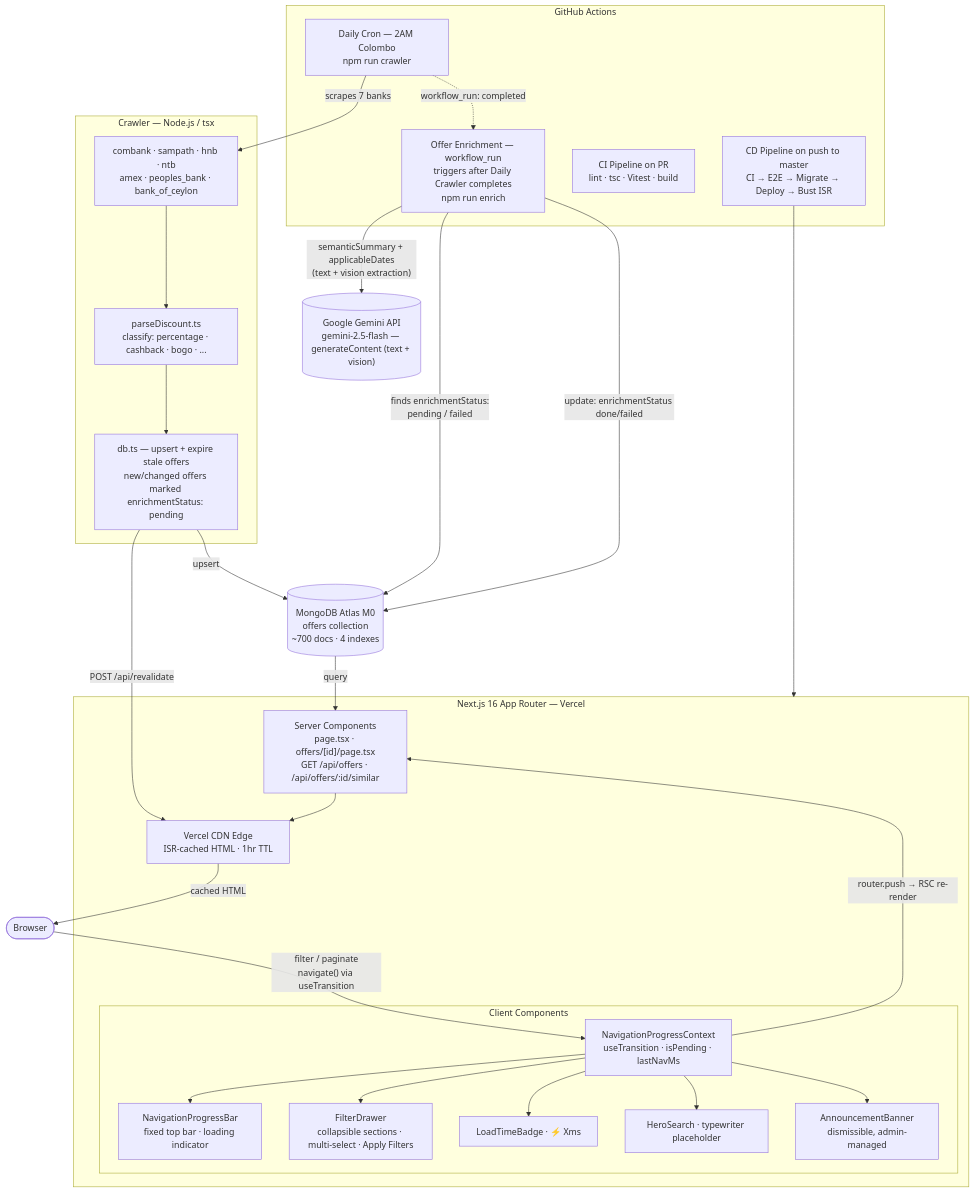
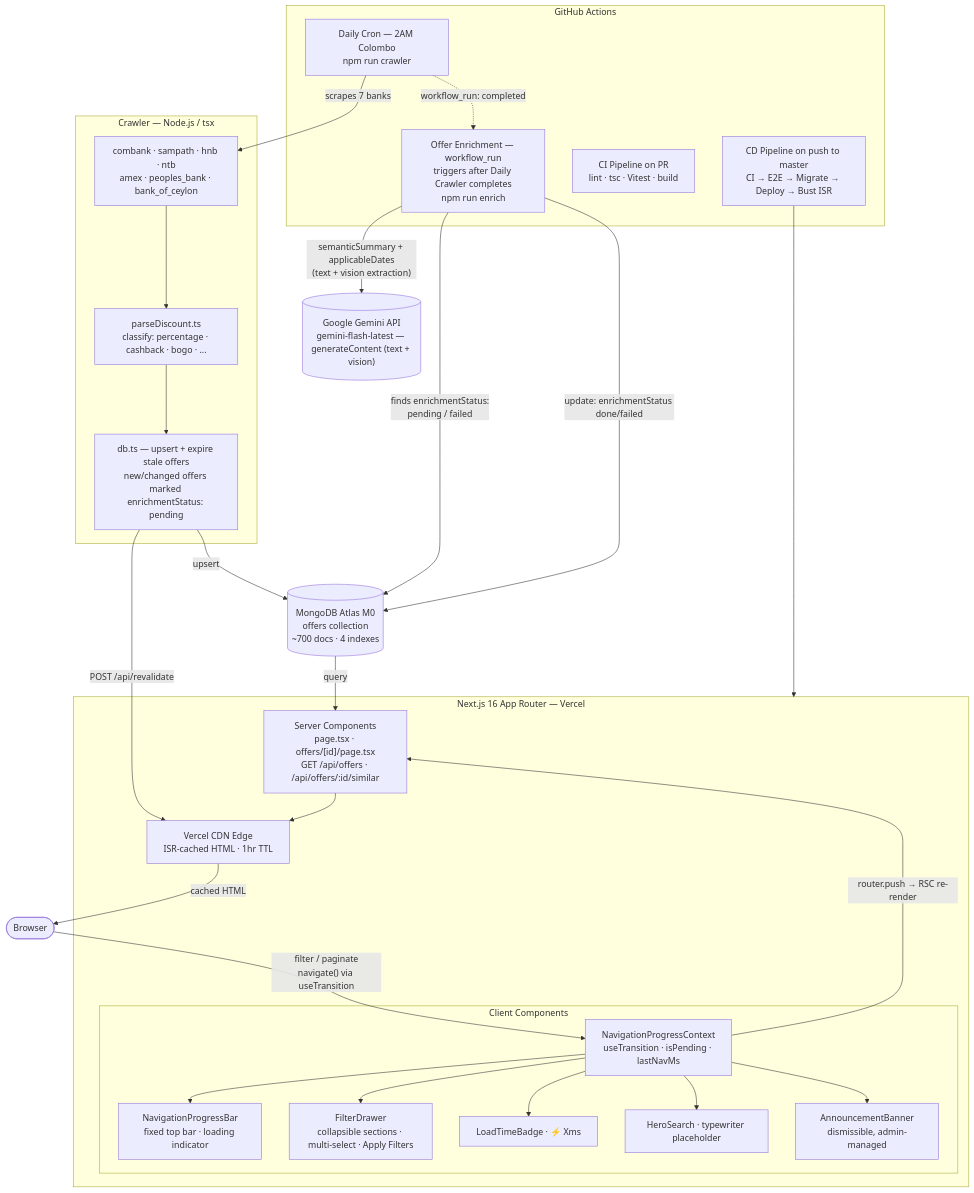
The first of 8 diagrams in README.md (chamirusenarath96/card-max), drawn with Mermaid before and after one commit. The commit also changed 4 other files, not shown here.

````diff
--- a/README.md
+++ b/README.md
@@ -57,47 +57,47 @@
 ```mermaid
 graph TD
     subgraph GHA["GitHub Actions"]
         CRON["Daily Cron — 2AM Colombo\nnpm run crawler"]
         ENRICH["Offer Enrichment — workflow_run\ntriggers after Daily Crawler completes\nnpm run enrich"]
         CI_PR["CI Pipeline on PR\nlint · tsc · Vitest · build"]
         CD["CD Pipeline on push to master\nCI → E2E → Migrate → Deploy → Bust ISR"]
     end
 
     subgraph CR["Crawler — Node.js / tsx"]
         BANKS["combank · sampath · hnb · ntb\namex · peoples_bank · bank_of_ceylon"]
         PARSE["parseDiscount.ts\nclassify: percentage · cashback · bogo · ..."]
         DBU["db.ts — upsert + expire stale offers\nnew/changed offers marked enrichmentStatus: pending"]
     end
 
-    GEMINI[("Google Gemini API\ngemini-2.5-flash — generateContent (text + vision)")]
+    GEMINI[("Google Gemini API\ngemini-flash-latest — generateContent (text + vision)")]
 
     DB[("MongoDB Atlas M0\noffers collection\n~700 docs · 4 indexes")]
 
     subgraph VR["Next.js 16 App Router — Vercel"]
         EDGE["Vercel CDN Edge\nISR-cached HTML · 1hr TTL"]
         SRV["Server Components\npage.tsx · offers/[id]/page.tsx\nGET /api/offers · /api/offers/:id/similar"]
         subgraph CLI["Client Components"]
             NPC["NavigationProgressContext\nuseTransition · isPending · lastNavMs"]
             NPB["NavigationProgressBar\nfixed top bar · loading indicator"]
             FD["FilterDrawer\ncollapsible sections · multi-select · Apply Filters"]
             LTB["LoadTimeBadge · ⚡ Xms"]
             HS["HeroSearch · typewriter placeholder"]
             AB["AnnouncementBanner\ndismissible, admin-managed"]
         end
     end
 
     BROWSER(["Browser"])
 
     CRON -->|"scrapes 7 banks"| BANKS
     BANKS --> PARSE --> DBU -->|"upsert"| DB
     DBU -->|"POST /api/revalidate"| EDGE
     CRON -.->|"workflow_run: completed"| ENRICH
     ENRICH -->|"finds enrichmentStatus:\npending / failed"| DB
     ENRICH -->|"semanticSummary + applicableDates\n(text + vision extraction)"| GEMINI
     ENRICH -->|"update: enrichmentStatus done/failed"| DB
     DB -->|"query"| SRV --> EDGE -->|"cached HTML"| BROWSER
     CD --> VR
     BROWSER -->|"filter / paginate\nnavigate() via useTransition"| NPC
     NPC --> NPB & FD & LTB & HS & AB
     NPC -->|"router.push → RSC re-render"| SRV
 ```
````
